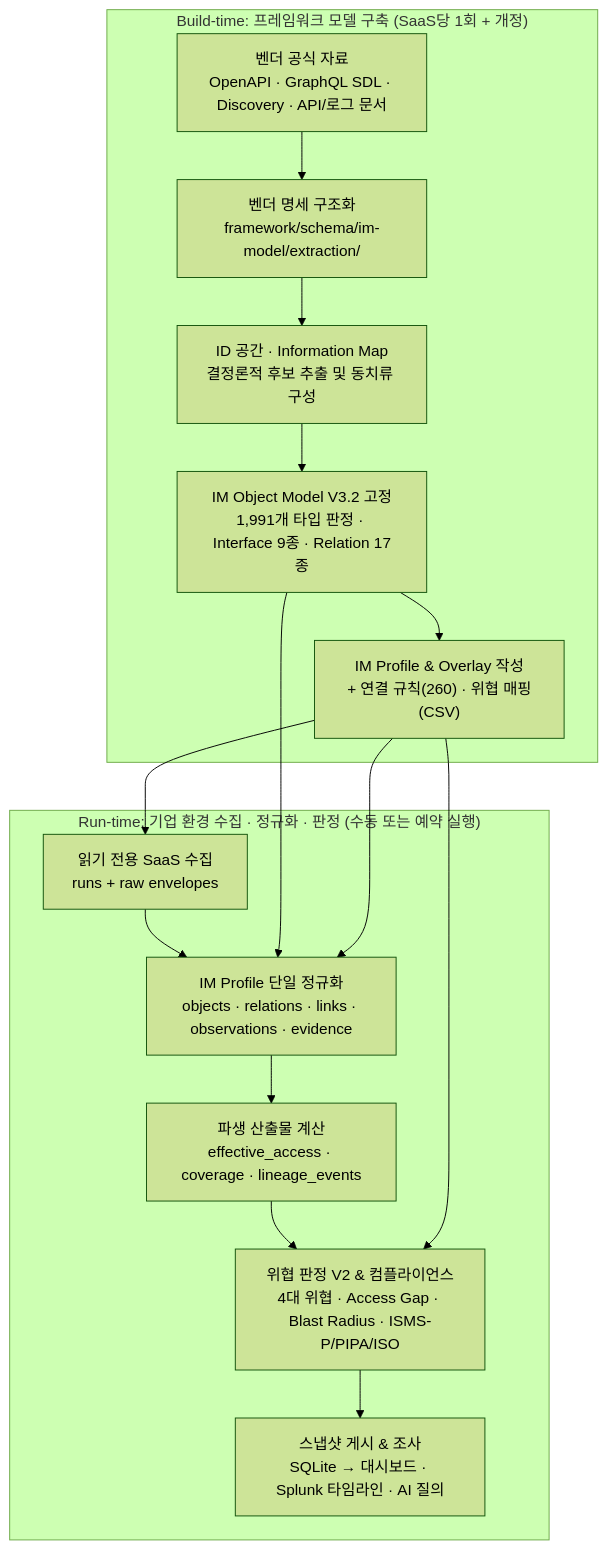
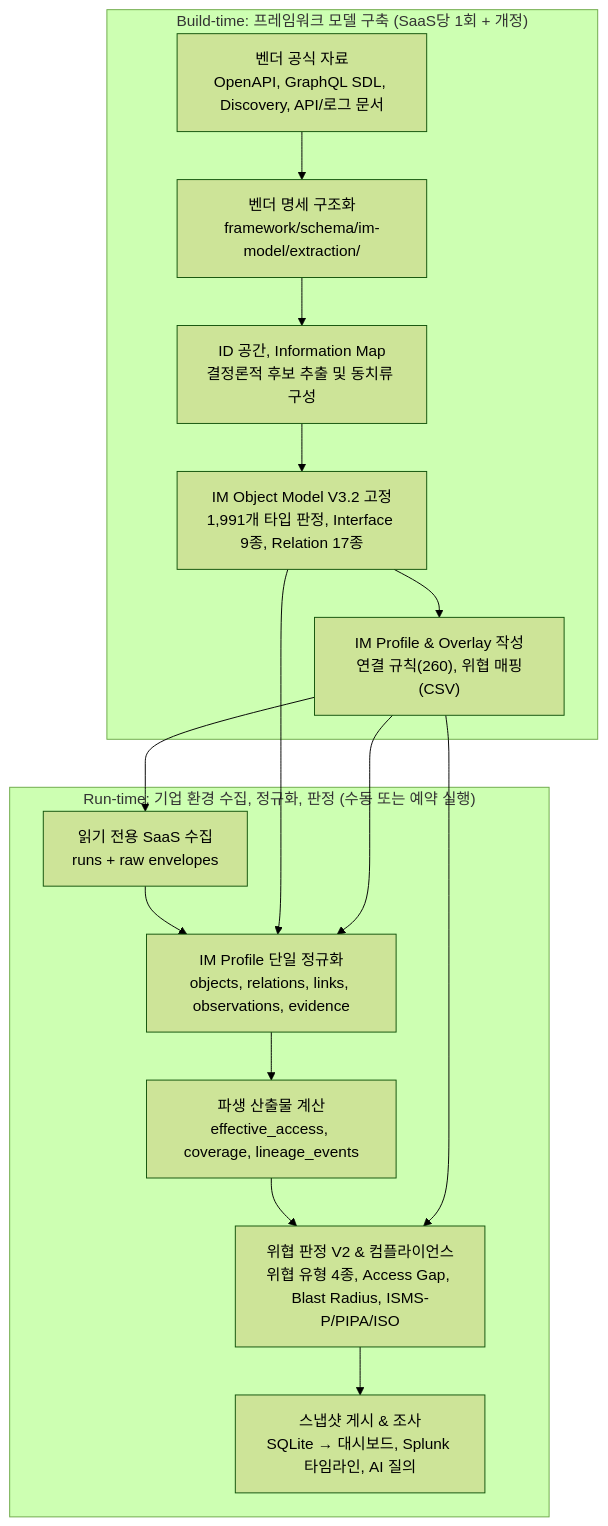
Before and after one commit to AEGI-Inc/aegi-framework: the diagram in docs/01-overview/pipeline.md, drawn with Mermaid (forest theme). The commit also changed other lines of this file and 33 other files, not shown here.

````diff
--- a/docs/01-overview/pipeline.md
+++ b/docs/01-overview/pipeline.md
@@ -5,25 +5,25 @@
 ```mermaid
 flowchart TB
   subgraph Build["Build-time: 프레임워크 모델 구축 (SaaS당 1회 + 개정)"]
-    B1["벤더 공식 자료<br/>OpenAPI · GraphQL SDL · Discovery · API/로그 문서"]
+    B1["벤더 공식 자료<br/>OpenAPI, GraphQL SDL, Discovery, API/로그 문서"]
     B2["벤더 명세 구조화<br/>framework/schema/im-model/extraction/"]
-    B3["ID 공간 · Information Map<br/>결정론적 후보 추출 및 동치류 구성"]
-    B4["IM Object Model V3.2 고정<br/>1,991개 타입 판정 · Interface 9종 · Relation 17종"]
-    B5["IM Profile & Overlay 작성<br/>+ 연결 규칙(260) · 위협 매핑(CSV)"]
+    B3["ID 공간, Information Map<br/>결정론적 후보 추출 및 동치류 구성"]
+    B4["IM Object Model V3.2 고정<br/>1,991개 타입 판정, Interface 9종, Relation 17종"]
+    B5["IM Profile & Overlay 작성<br/>연결 규칙(260), 위협 매핑(CSV)"]
     B1 --> B2 --> B3 --> B4 --> B5
   end
 
-  subgraph Run["Run-time: 기업 환경 수집 · 정규화 · 판정 (수동 또는 예약 실행)"]
+  subgraph Run["Run-time: 기업 환경 수집, 정규화, 판정 (수동 또는 예약 실행)"]
     R1["읽기 전용 SaaS 수집<br/>runs + raw envelopes"]
-    R2["IM Profile 단일 정규화<br/>objects · relations · links · observations · evidence"]
-    R3["파생 산출물 계산<br/>effective_access · coverage · lineage_events"]
-    R4["위협 판정 V2 & 컴플라이언스<br/>4대 위협 · Access Gap · Blast Radius · ISMS-P/PIPA/ISO"]
-    R5["스냅샷 게시 & 조사<br/>SQLite → 대시보드 · Splunk 타임라인 · AI 질의"]
+    R2["IM Profile 단일 정규화<br/>objects, relations, links, observations, evidence"]
+    R3["파생 산출물 계산<br/>effective_access, coverage, lineage_events"]
+    R4["위협 판정 V2 & 컴플라이언스<br/>위협 유형 4종, Access Gap, Blast Radius, ISMS-P/PIPA/ISO"]
+    R5["스냅샷 게시 & 조사<br/>SQLite → 대시보드, Splunk 타임라인, AI 질의"]
     R1 --> R2 --> R3 --> R4 --> R5
   end
 
   B4 --> R2
   B5 --> R1
   B5 --> R2
   B5 --> R4
 ```
````
